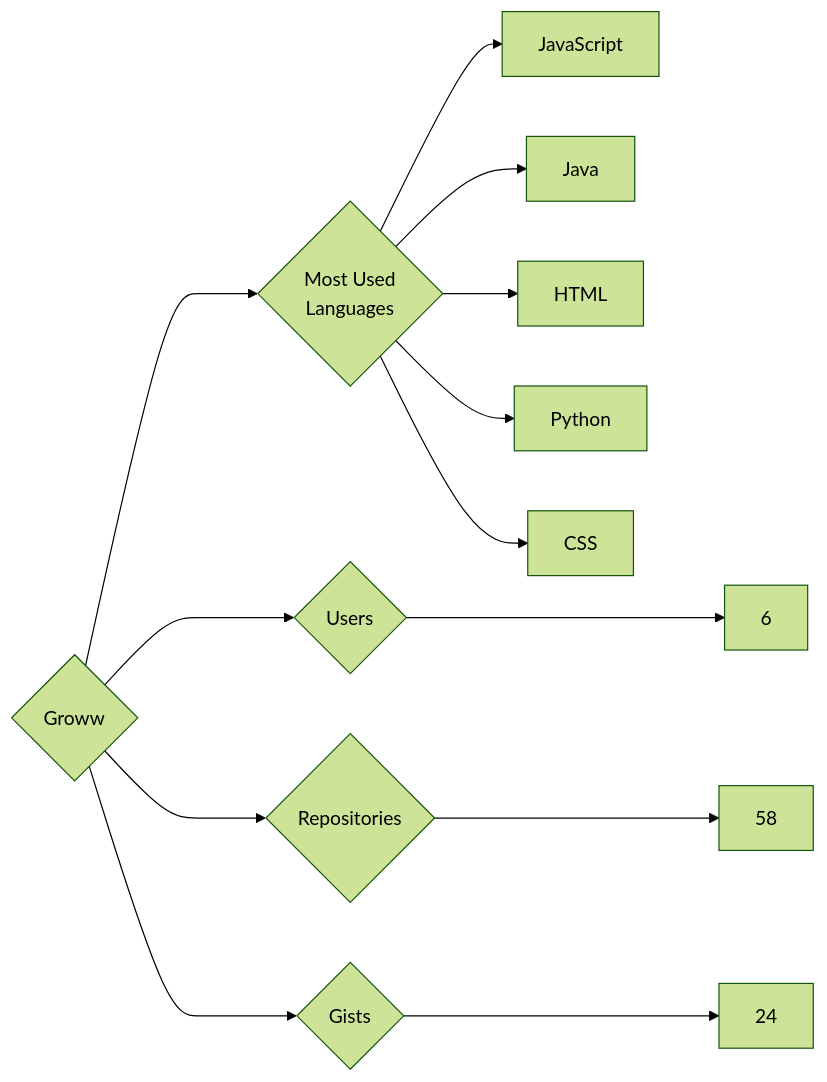
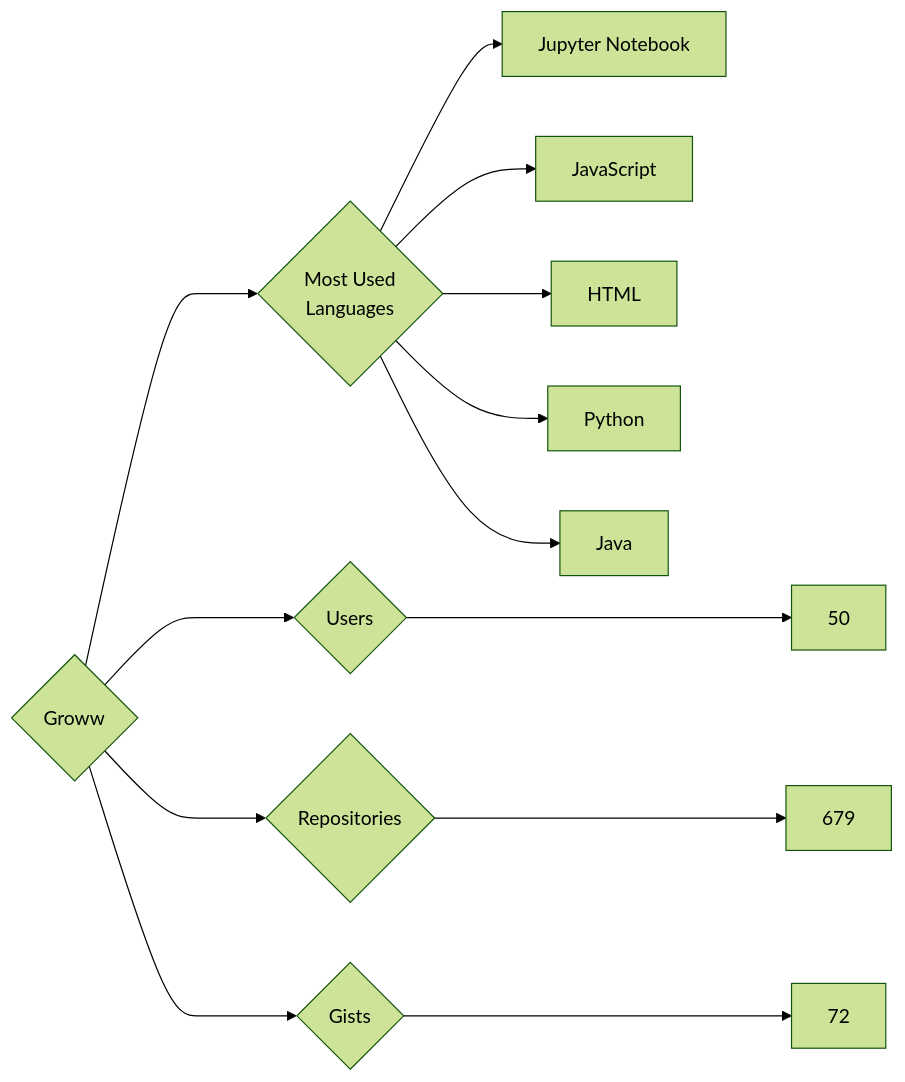
One commit to trickest/insiders changed the diagram in targets/Groww/README.md. Above: the diagram before and after it, drawn with Mermaid (forest theme). The commit also changed 891 other files, not shown here.

````diff
--- a/targets/Groww/README.md
+++ b/targets/Groww/README.md
@@ -3,13 +3,13 @@
 ```mermaid
 graph LR
 COMPANY_NAME{Groww}
-COMPANY_NAME ---> U{Users} ---> UN[6]
-COMPANY_NAME ---> R{Repositories} ---> RN[58]
-COMPANY_NAME ---> G{Gists} ---> GN[24]
+COMPANY_NAME ---> U{Users} ---> UN[50]
+COMPANY_NAME ---> R{Repositories} ---> RN[679]
+COMPANY_NAME ---> G{Gists} ---> GN[72]
 COMPANY_NAME ---> ML{Most Used<br>Languages}
+ML --> Jupyter_Notebook[Jupyter Notebook]
 ML --> JavaScript[JavaScript]
-ML --> Java[Java]
 ML --> HTML[HTML]
 ML --> Python[Python]
-ML --> CSS[CSS]
+ML --> Java[Java]
 ```
````
